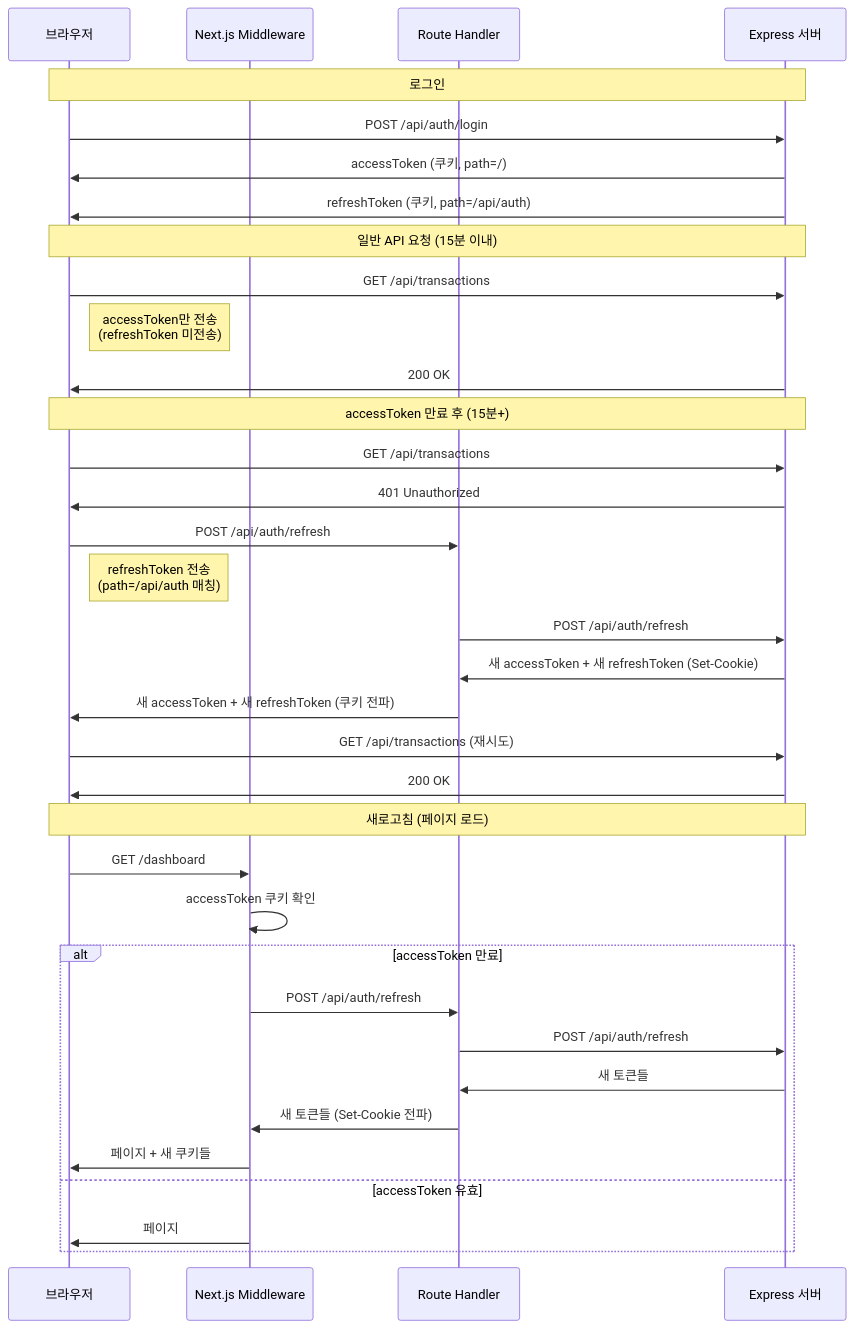
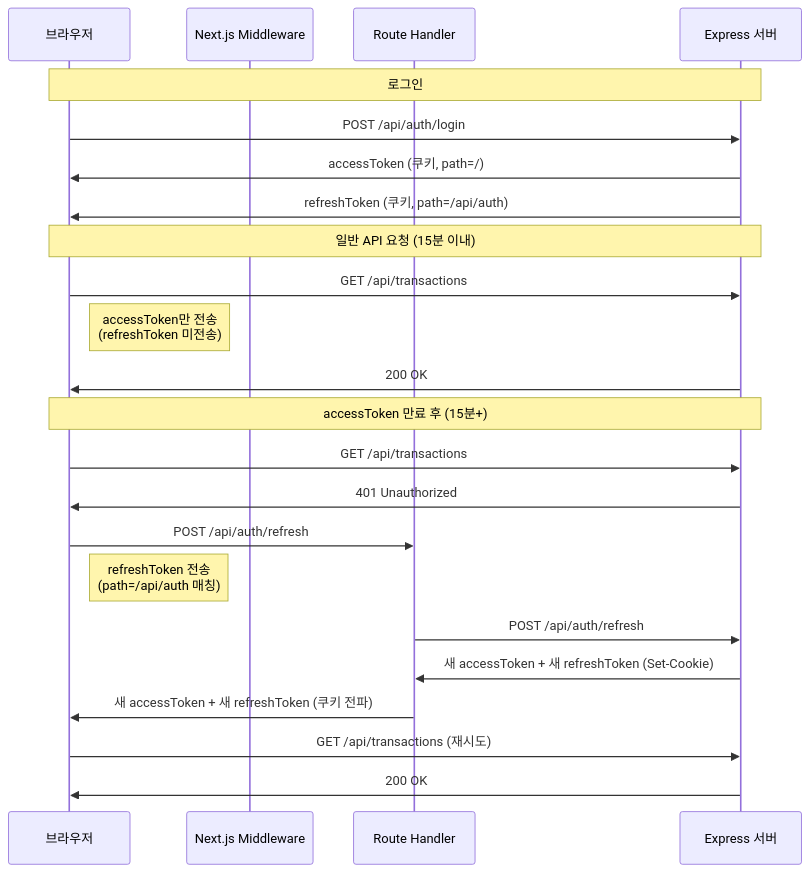
One commit to sangheonkimme/worklife-dashboard changed the diagram in docs/16_auth-token-security-improvement.md. Above: the diagram before and after it, drawn with Mermaid. The commit also changed other lines of this file and 5 other files, not shown here.

````diff
--- a/docs/16_auth-token-security-improvement.md
+++ b/docs/16_auth-token-security-improvement.md
@@ -373,41 +188,28 @@
 ```mermaid
 sequenceDiagram
     participant B as 브라우저
     participant M as Next.js Middleware
     participant R as Route Handler
     participant S as Express 서버
 
     Note over B,S: 로그인
     B->>S: POST /api/auth/login
     S->>B: accessToken (쿠키, path=/)
     S->>B: refreshToken (쿠키, path=/api/auth)
 
     Note over B,S: 일반 API 요청 (15분 이내)
     B->>S: GET /api/transactions
     Note right of B: accessToken만 전송<br/>(refreshToken 미전송)
     S->>B: 200 OK
 
     Note over B,S: accessToken 만료 후 (15분+)
     B->>S: GET /api/transactions
     S->>B: 401 Unauthorized
     B->>R: POST /api/auth/refresh
     Note right of B: refreshToken 전송<br/>(path=/api/auth 매칭)
     R->>S: POST /api/auth/refresh
     S->>R: 새 accessToken + 새 refreshToken (Set-Cookie)
     R->>B: 새 accessToken + 새 refreshToken (쿠키 전파)
     B->>S: GET /api/transactions (재시도)
     S->>B: 200 OK
-
-    Note over B,S: 새로고침 (페이지 로드)
-    B->>M: GET /dashboard
-    M->>M: accessToken 쿠키 확인
-    alt accessToken 만료
-        M->>R: POST /api/auth/refresh
-        R->>S: POST /api/auth/refresh
-        S->>R: 새 토큰들
-        R->>M: 새 토큰들 (Set-Cookie 전파)
-        M->>B: 페이지 + 새 쿠키들
-    else accessToken 유효
-        M->>B: 페이지
-    end
 ```
````
